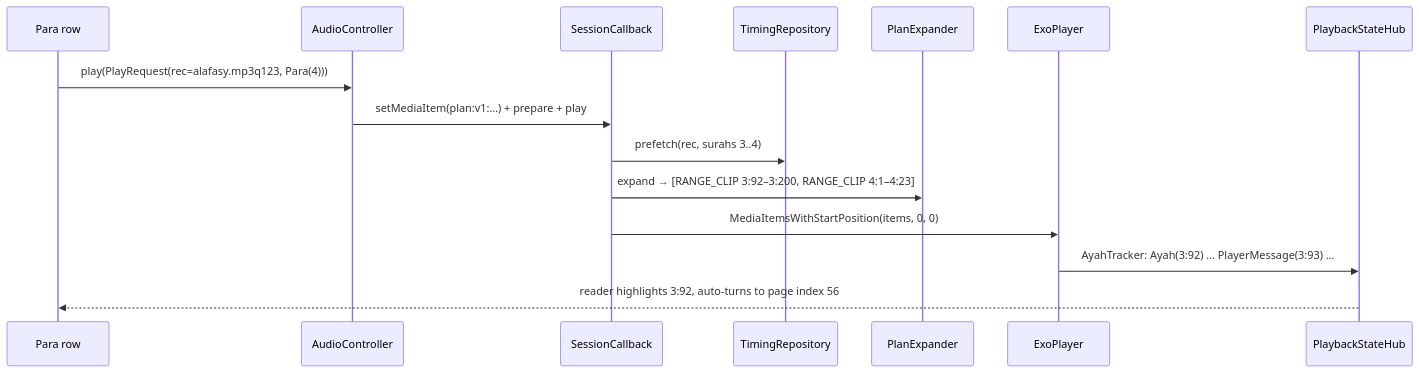
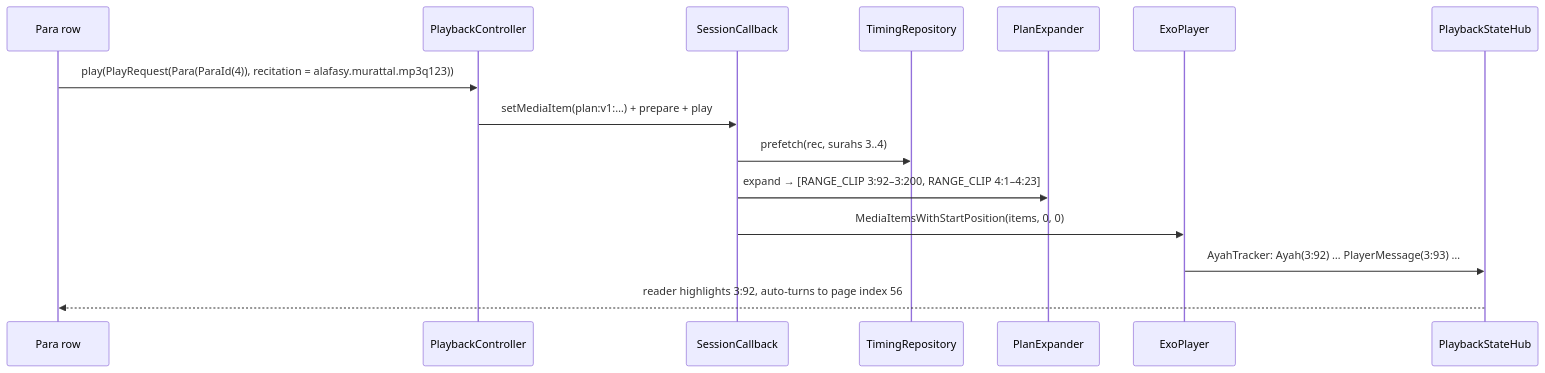
The second of 2 diagrams in docs/plan/06-audio-engine.md (Chughtaie/criterion), drawn with Mermaid before and after one commit. The commit also changed other lines of this file and 12 other files, not shown here.

````diff
--- a/docs/plan/06-audio-engine.md
+++ b/docs/plan/06-audio-engine.md
@@ -1408,17 +1557,17 @@
 ```mermaid
 sequenceDiagram
   participant UI as Para row
-  participant AC as AudioController
+  participant AC as PlaybackController
   participant S as SessionCallback
   participant T as TimingRepository
   participant PE as PlanExpander
   participant P as ExoPlayer
   participant H as PlaybackStateHub
-  UI->>AC: play(PlayRequest(rec=alafasy.mp3q123, Para(4)))
+  UI->>AC: play(PlayRequest(Para(ParaId(4)), recitation = alafasy.murattal.mp3q123))
   AC->>S: setMediaItem(plan:v1:…) + prepare + play
   S->>T: prefetch(rec, surahs 3..4)
   S->>PE: expand → [RANGE_CLIP 3:92–3:200, RANGE_CLIP 4:1–4:23]
   S->>P: MediaItemsWithStartPosition(items, 0, 0)
   P->>H: AyahTracker: Ayah(3:92) … PlayerMessage(3:93) …
   H-->>UI: reader highlights 3:92, auto-turns to page index 56
 ```
````
